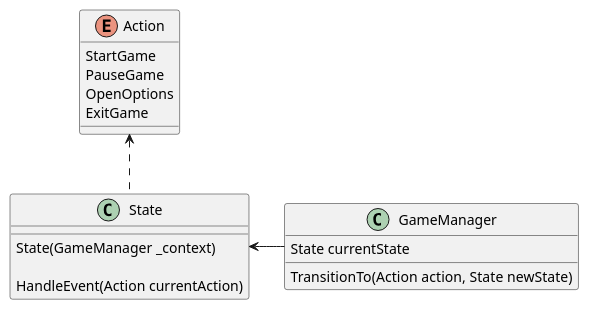
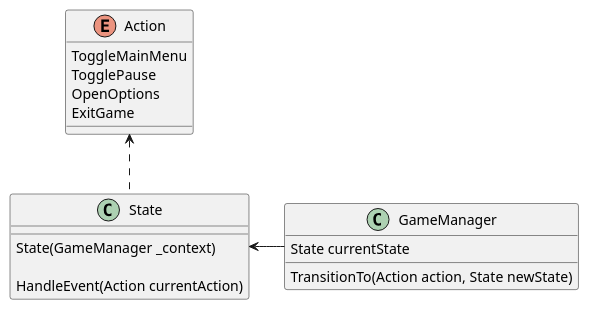
The diagram in Diagrams/state_diagram.plantuml (Blueberry-Jam-Studios/AimForTheAbyss), drawn with PlantUML before and after one commit. The commit also changed 16 other files, not shown here.

Commit message:
transitions between main menu scene and building scene, and pause menu

```diff
--- a/Diagrams/state_diagram.plantuml
+++ b/Diagrams/state_diagram.plantuml
@@ -1,28 +1,28 @@
 @startuml state_diagram
 allow_mixing
 
 class State {
   State(GameManager _context)
 
   HandleEvent(Action currentAction)
 }
 
 class GameManager {
   State currentState
 
   TransitionTo(Action action, State newState)
 }
 
 State <- GameManager
 
 enum Action
 {
-    StartGame
-    PauseGame
+    ToggleMainMenu
+    TogglePause
     OpenOptions
     ExitGame
 }
 
 Action <.. State
 
 @enduml
```
